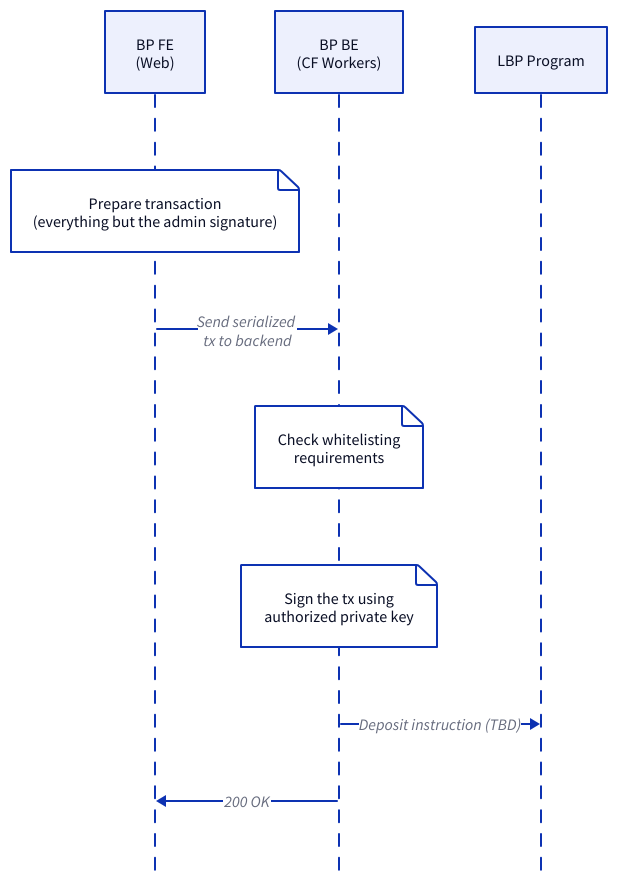
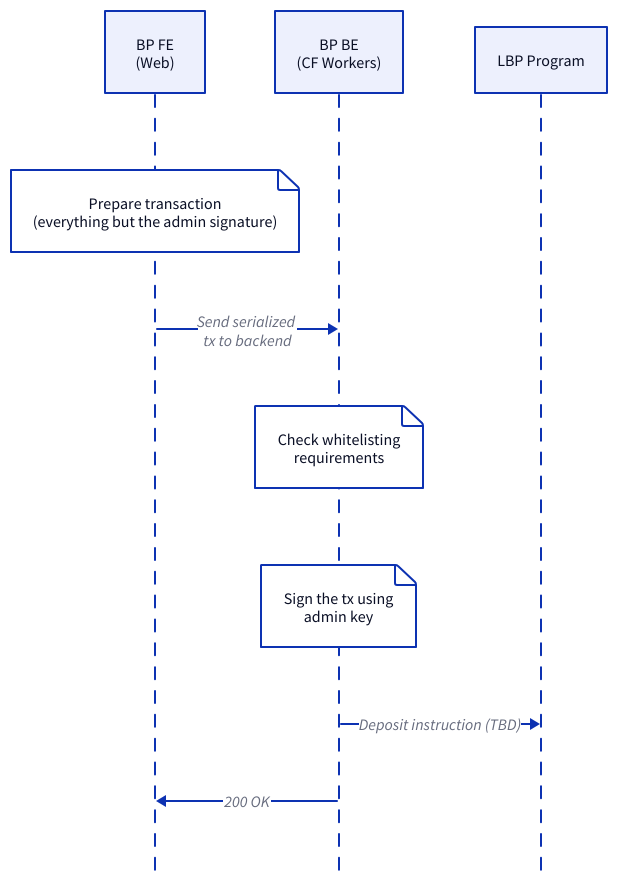
Before and after one commit to EwanBorgPad/spark: the diagram in docs/staking.d2, drawn with D2. The commit also changed 10 other files, not shown here.

```diff
--- a/docs/staking.d2
+++ b/docs/staking.d2
@@ -1,19 +1,19 @@
 shape: sequence_diagram
 
 
 # Actors
 fe: BP FE\n(Web)
 be: BP BE\n(CF Workers)
 # db: D1\n(Database)
 sp: LBP Program
 
 fe."Prepare transaction\n(everything but the admin signature)"
 
 fe -> be: "Send serialized \ntx to backend"
 
 be."Check whitelisting\nrequirements"
-be."Sign the tx using\nauthorized private key"
+be."Sign the tx using\nadmin key"
 
 be -> sp: "Deposit instruction (TBD)"
 
 be -> fe: "200 OK"
```
